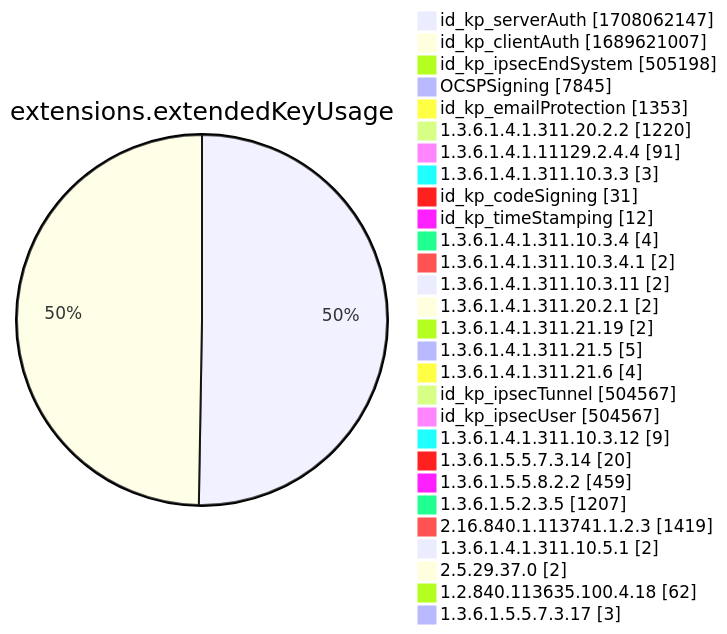
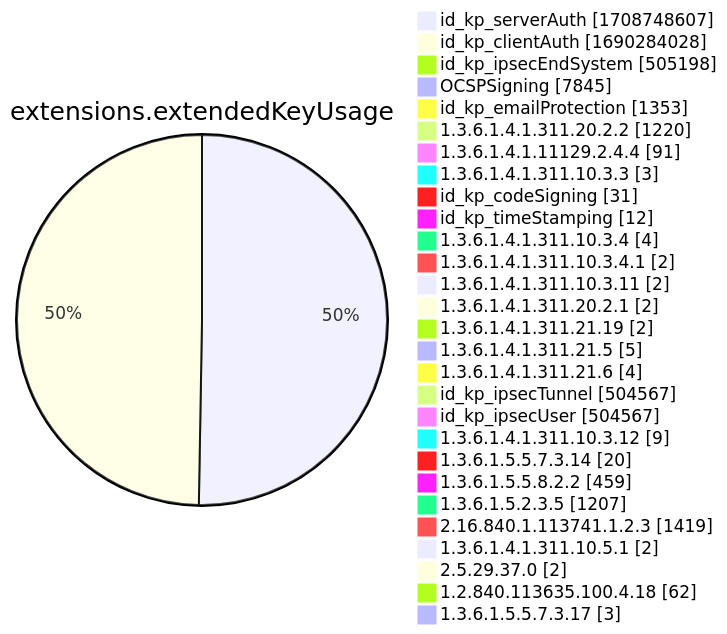
One commit to christiankrug/ctmonitor_visualization changed diagram 12 of 15 in xenon2022/README.md. Above: the diagram before and after it, drawn with Mermaid. The commit also changed other lines of this file, not shown here.

````diff
--- a/xenon2022/README.md
+++ b/xenon2022/README.md
@@ -3888,32 +3888,32 @@
 ```mermaid
 pie showData
 title extensions.extendedKeyUsage
-"id_kp_serverAuth" :1708062147
-"id_kp_clientAuth" :1689621007
+"id_kp_serverAuth" :1708748607
+"id_kp_clientAuth" :1690284028
 "id_kp_ipsecEndSystem" :505198
 "OCSPSigning" :7845
 "id_kp_emailProtection" :1353
 "1.3.6.1.4.1.311.20.2.2" :1220
 "1.3.6.1.4.1.11129.2.4.4" :91
 "1.3.6.1.4.1.311.10.3.3" :3
 "id_kp_codeSigning" :31
 "id_kp_timeStamping" :12
 "1.3.6.1.4.1.311.10.3.4" :4
 "1.3.6.1.4.1.311.10.3.4.1" :2
 "1.3.6.1.4.1.311.10.3.11" :2
 "1.3.6.1.4.1.311.20.2.1" :2
 "1.3.6.1.4.1.311.21.19" :2
 "1.3.6.1.4.1.311.21.5" :5
 "1.3.6.1.4.1.311.21.6" :4
 "id_kp_ipsecTunnel" :504567
 "id_kp_ipsecUser" :504567
 "1.3.6.1.4.1.311.10.3.12" :9
 "1.3.6.1.5.5.7.3.14" :20
 "1.3.6.1.5.5.8.2.2" :459
 "1.3.6.1.5.2.3.5" :1207
 "2.16.840.1.113741.1.2.3" :1419
 "1.3.6.1.4.1.311.10.5.1" :2
 "2.5.29.37.0" :2
 "1.2.840.113635.100.4.18" :62
 "1.3.6.1.5.5.7.3.17" :3
 ```
````
